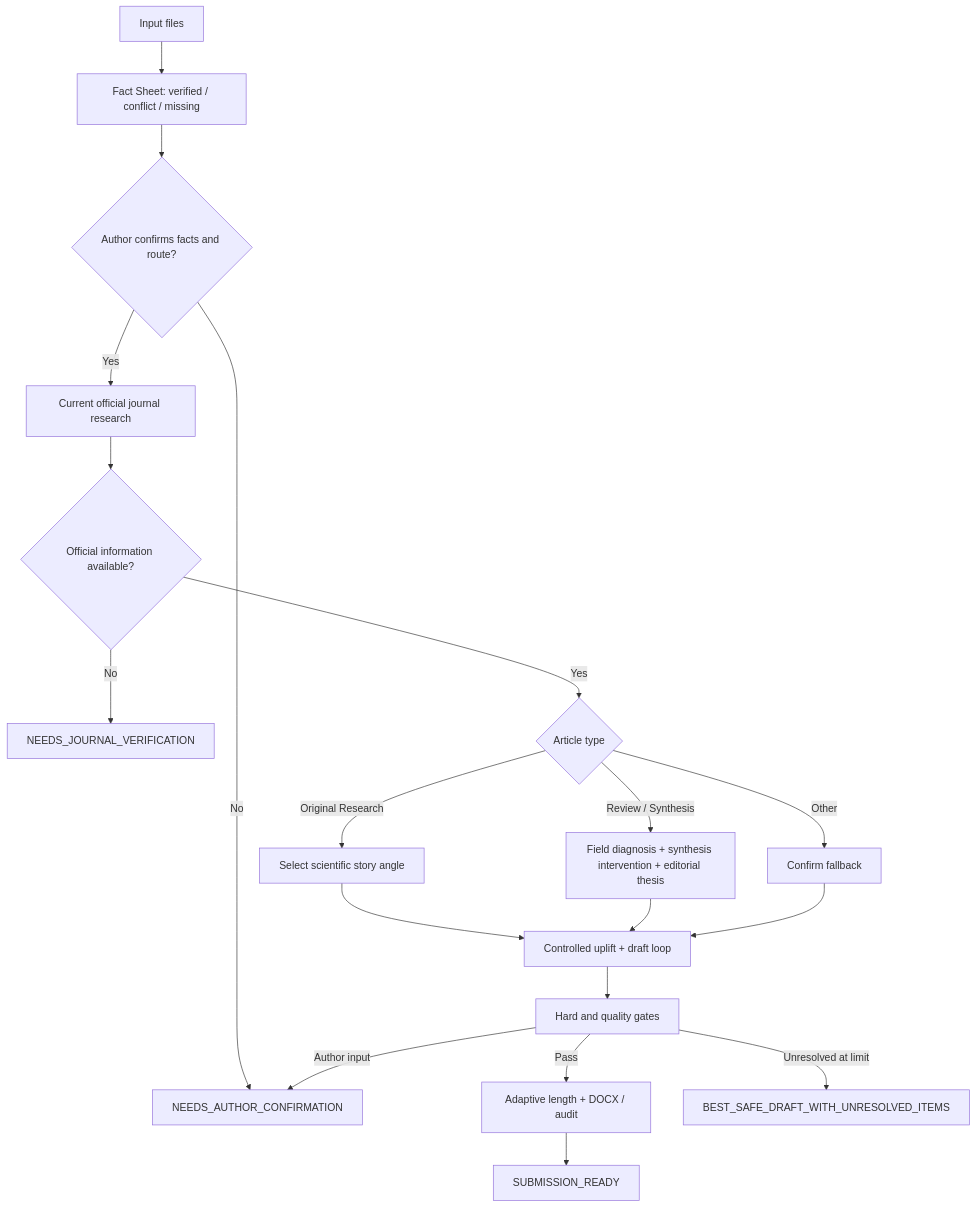
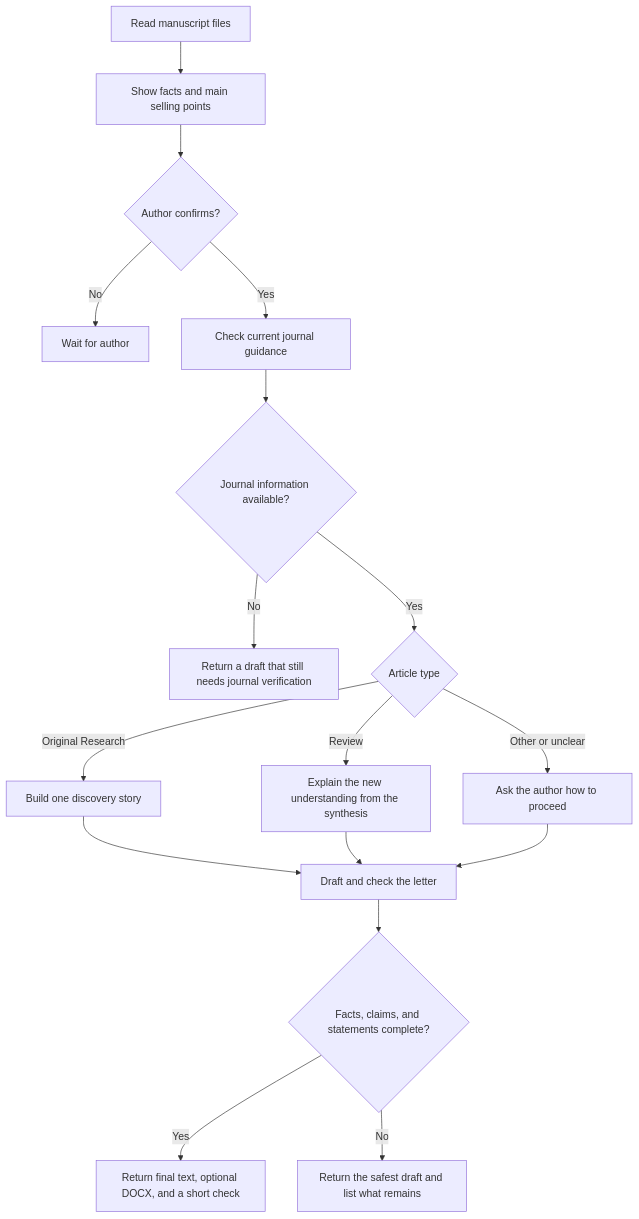
Before and after one commit to hujizhou35-cmd/journal-cover-letter-tutorial: the diagram in docs/architecture.md, drawn with Mermaid. The commit also changed other lines of this file and 15 other files, not shown here.

Commit message:
docs: simplify project story and public guidance

````diff
--- a/docs/architecture.md
+++ b/docs/architecture.md
@@ -13,21 +5,19 @@
 ```mermaid
 flowchart TD
-    A["Input files"] --> B["Fact Sheet: verified / conflict / missing"]
-    B --> C{"Author confirms facts and route?"}
-    C -- No --> D["NEEDS_AUTHOR_CONFIRMATION"]
-    C -- Yes --> E["Current official journal research"]
-    E --> F{"Official information available?"}
-    F -- No --> G["NEEDS_JOURNAL_VERIFICATION"]
-    F -- Yes --> H{"Article type"}
-    H -- Original Research --> I["Select scientific story angle"]
-    H -- Review / Synthesis --> J["Field diagnosis + synthesis intervention + editorial thesis"]
-    H -- Other --> K["Confirm fallback"]
-    I --> L["Controlled uplift + draft loop"]
+    A["Read manuscript files"] --> B["Show facts and main selling points"]
+    B --> C{"Author confirms?"}
+    C -- "No" --> D["Wait for author"]
+    C -- "Yes" --> E["Check current journal guidance"]
+    E --> F{"Journal information available?"}
+    F -- "No" --> G["Return a draft that still needs journal verification"]
+    F -- "Yes" --> H{"Article type"}
+    H -- "Original Research" --> I["Build one discovery story"]
+    H -- "Review" --> J["Explain the new understanding from the synthesis"]
+    H -- "Other or unclear" --> K["Ask the author how to proceed"]
+    I --> L["Draft and check the letter"]
     J --> L
     K --> L
-    L --> M["Hard and quality gates"]
-    M -- Pass --> N["Adaptive length + DOCX / audit"]
-    M -- Author input --> D
-    M -- Unresolved at limit --> O["BEST_SAFE_DRAFT_WITH_UNRESOLVED_ITEMS"]
-    N --> P["SUBMISSION_READY"]
+    L --> M{"Facts, claims, and statements complete?"}
+    M -- "Yes" --> N["Return final text, optional DOCX, and a short check"]
+    M -- "No" --> O["Return the safest draft and list what remains"]
 ```
````
